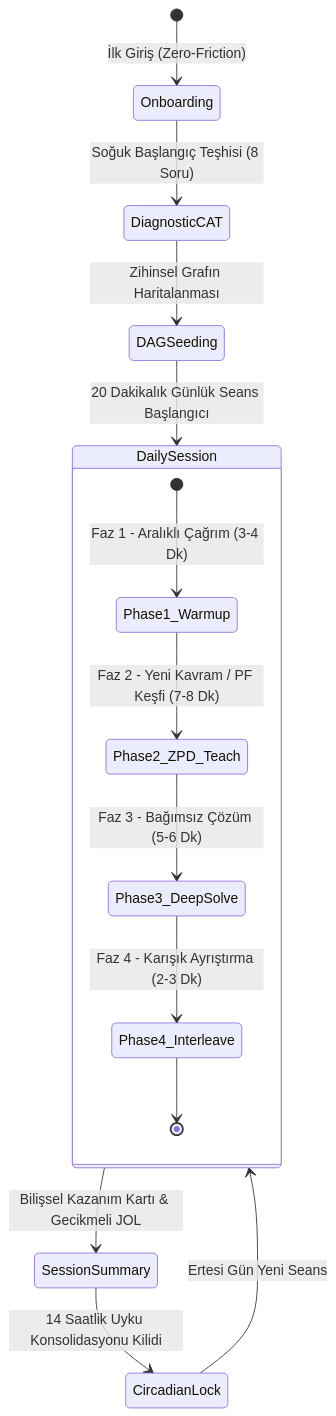
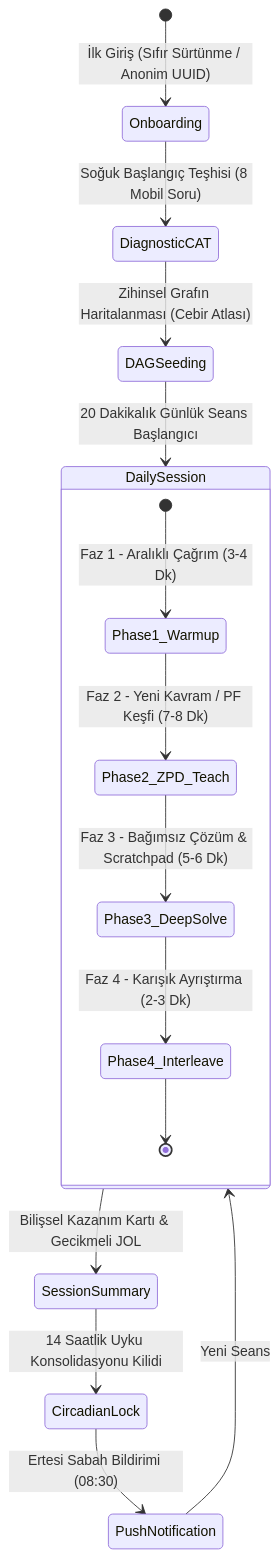
The diagram in 19-APPLICATION-FLOW-AND-USER-JOURNEY.md (WinierKingYT/mobilders), drawn with Mermaid before and after one commit. The commit also changed other lines of this file and 5 other files, not shown here.

````diff
--- a/19-APPLICATION-FLOW-AND-USER-JOURNEY.md
+++ b/19-APPLICATION-FLOW-AND-USER-JOURNEY.md
@@ -17,19 +18,20 @@
 ```mermaid
 stateDiagram-v2
-    [*] --> Onboarding: İlk Giriş (Zero-Friction)
-    Onboarding --> DiagnosticCAT: Soğuk Başlangıç Teşhisi (8 Soru)
-    DiagnosticCAT --> DAGSeeding: Zihinsel Grafın Haritalanması
+    [*] --> Onboarding: İlk Giriş (Sıfır Sürtünme / Anonim UUID)
+    Onboarding --> DiagnosticCAT: Soğuk Başlangıç Teşhisi (8 Mobil Soru)
+    DiagnosticCAT --> DAGSeeding: Zihinsel Grafın Haritalanması (Cebir Atlası)
     DAGSeeding --> DailySession: 20 Dakikalık Günlük Seans Başlangıcı
     
     state DailySession {
         [*] --> Phase1_Warmup: Faz 1 - Aralıklı Çağrım (3-4 Dk)
         Phase1_Warmup --> Phase2_ZPD_Teach: Faz 2 - Yeni Kavram / PF Keşfi (7-8 Dk)
-        Phase2_ZPD_Teach --> Phase3_DeepSolve: Faz 3 - Bağımsız Çözüm (5-6 Dk)
+        Phase2_ZPD_Teach --> Phase3_DeepSolve: Faz 3 - Bağımsız Çözüm & Scratchpad (5-6 Dk)
         Phase3_DeepSolve --> Phase4_Interleave: Faz 4 - Karışık Ayrıştırma (2-3 Dk)
         Phase4_Interleave --> [*]
     }
     
     DailySession --> SessionSummary: Bilişsel Kazanım Kartı & Gecikmeli JOL
     SessionSummary --> CircadianLock: 14 Saatlik Uyku Konsolidasyonu Kilidi
-    CircadianLock --> DailySession: Ertesi Gün Yeni Seans
+    CircadianLock --> PushNotification: Ertesi Sabah Bildirimi (08:30)
+    PushNotification --> DailySession: Yeni Seans
 ```
````
